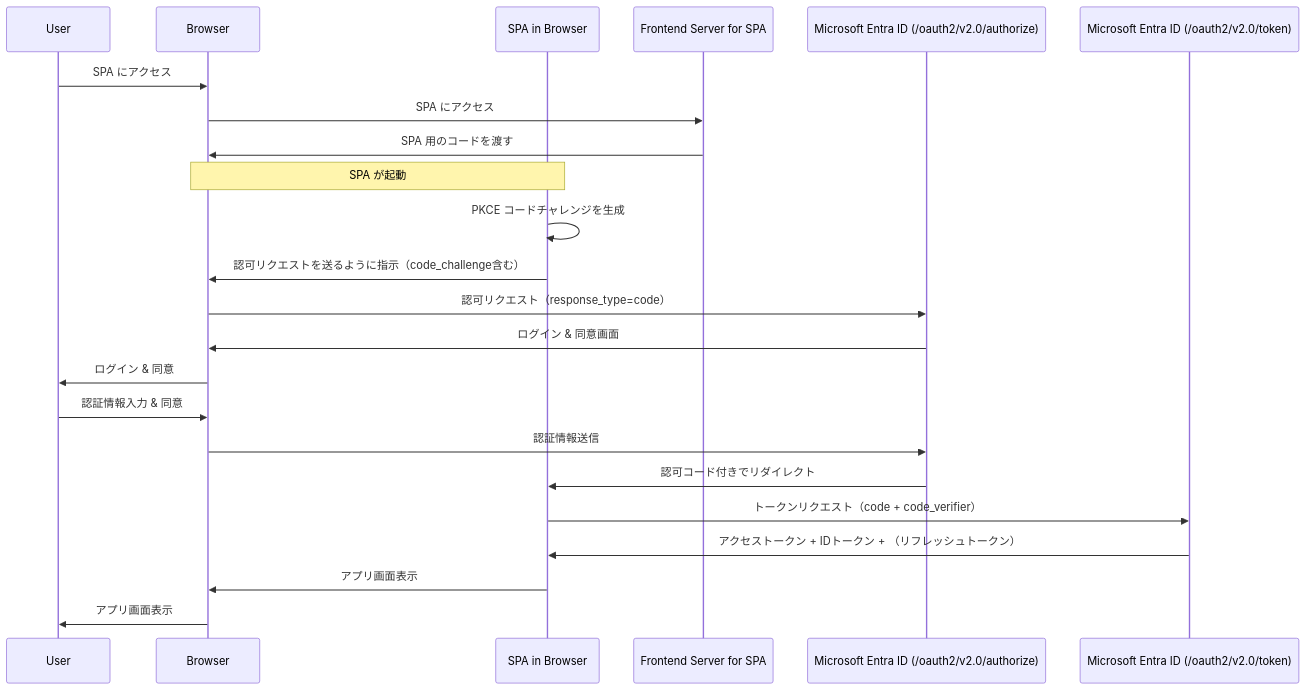
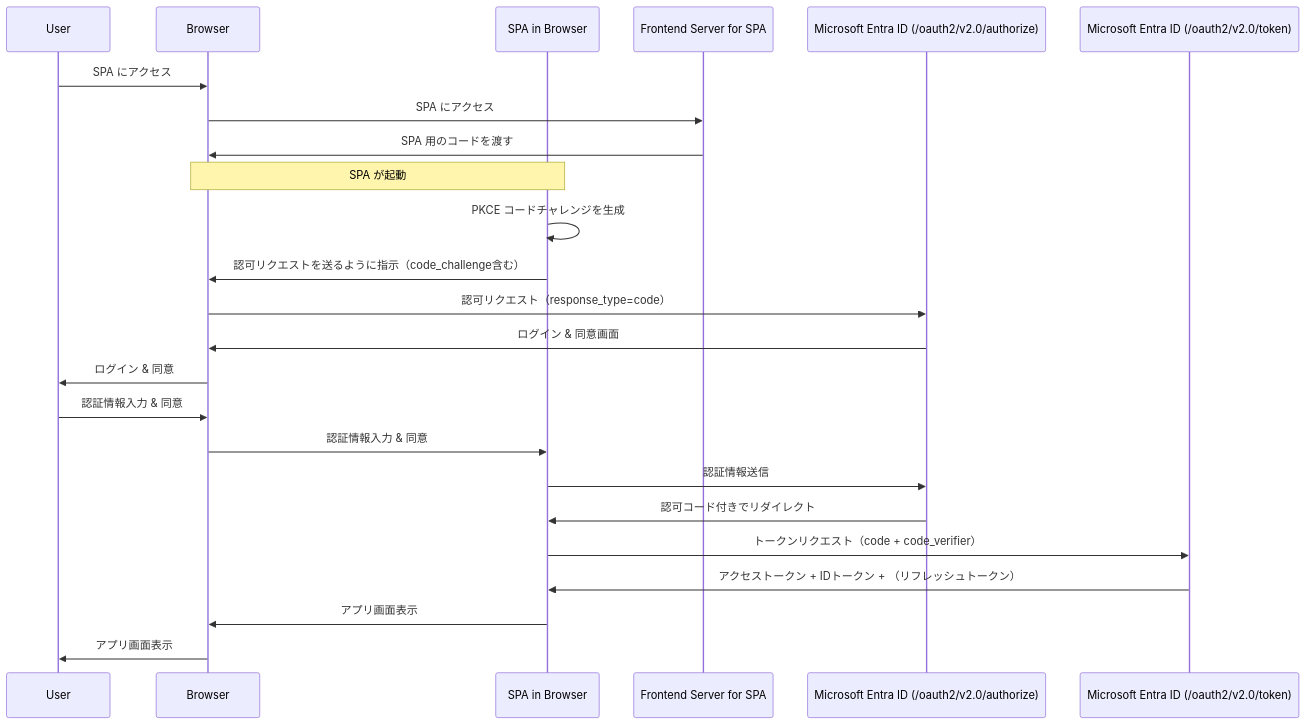
Before and after one commit to shmiki-microsoft/OIDC-and-SAML-Authentication-Flow-Diagrams-for-Microsoft-Entra-ID: the diagram in oidc/oidc_authorizatonCodeFlowWithPKCE.mmd, drawn with Mermaid.

```diff
--- a/oidc/oidc_authorizatonCodeFlowWithPKCE.mmd
+++ b/oidc/oidc_authorizatonCodeFlowWithPKCE.mmd
@@ -1,29 +1,30 @@
 sequenceDiagram
     participant User
     participant Browser
     participant SPA in Browser
     participant Frontend Server for SPA
     participant Microsoft Entra ID (/oauth2/v2.0/authorize)
     participant Microsoft Entra ID (/oauth2/v2.0/token)
 
     User->>Browser: SPA にアクセス
     Browser->>Frontend Server for SPA: SPA にアクセス
     Frontend Server for SPA->>Browser: SPA 用のコードを渡す
     Note over Browser, SPA in Browser: SPA が起動
 
     SPA in Browser->>SPA in Browser: PKCE コードチャレンジを生成
     SPA in Browser->>Browser: 認可リクエストを送るように指示（code_challenge含む）
     Browser->>Microsoft Entra ID (/oauth2/v2.0/authorize): 認可リクエスト（response_type=code）
 
     Microsoft Entra ID (/oauth2/v2.0/authorize)->>Browser: ログイン & 同意画面
     Browser->>User: ログイン & 同意
     User->>Browser: 認証情報入力 & 同意
-    Browser->>Microsoft Entra ID (/oauth2/v2.0/authorize): 認証情報送信
+    Browser->>SPA in Browser: 認証情報入力 & 同意
+    SPA in Browser->>Microsoft Entra ID (/oauth2/v2.0/authorize): 認証情報送信
 
     Microsoft Entra ID (/oauth2/v2.0/authorize)->>SPA in Browser: 認可コード付きでリダイレクト
 
     SPA in Browser->>Microsoft Entra ID (/oauth2/v2.0/token): トークンリクエスト（code + code_verifier）
     Microsoft Entra ID (/oauth2/v2.0/token)->>SPA in Browser: アクセストークン + IDトークン + （リフレッシュトークン）
 
     SPA in Browser->>Browser: アプリ画面表示
     Browser->>User: アプリ画面表示
```
